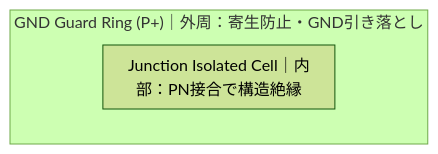
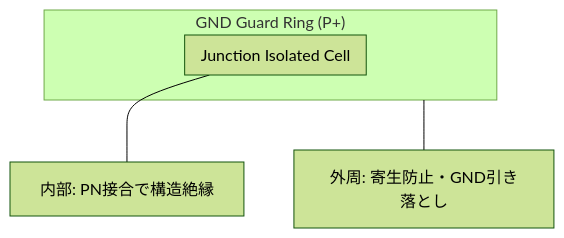
One commit to Samizo-AITL/Edusemi-v4x changed the second of 2 diagrams in d_chapter2_high_voltage_devices/junction_isolation.md. Above: the diagram before and after it, drawn with Mermaid (forest theme).

````diff
--- a/d_chapter2_high_voltage_devices/junction_isolation.md
+++ b/d_chapter2_high_voltage_devices/junction_isolation.md
@@ -60,7 +60,11 @@
 ```mermaid
 flowchart TB
-    subgraph Guard["GND Guard Ring (P+)｜外周：寄生防止・GND引き落とし"]
-        subgraph JIso["Junction Isolated Cell｜内部：PN接合で構造絶縁"]
+    subgraph Guard["GND Guard Ring (P+)"]
+        subgraph JIso["Junction Isolated Cell"]
         end
     end
+
+    %% 外側に補足を追加
+    Guard --- Note1["外周: 寄生防止・GND引き落とし"]
+    JIso --- Note2["内部: PN接合で構造絶縁"]
 ```
````
